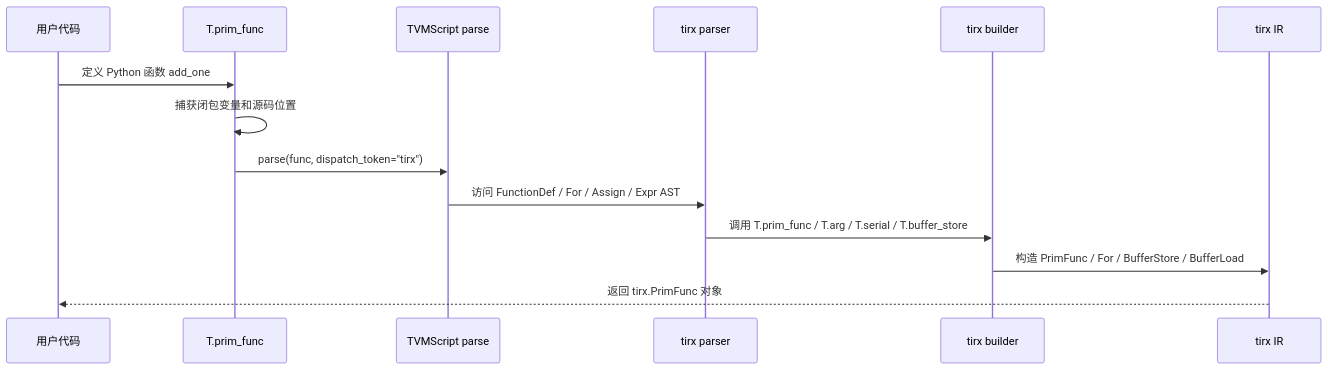
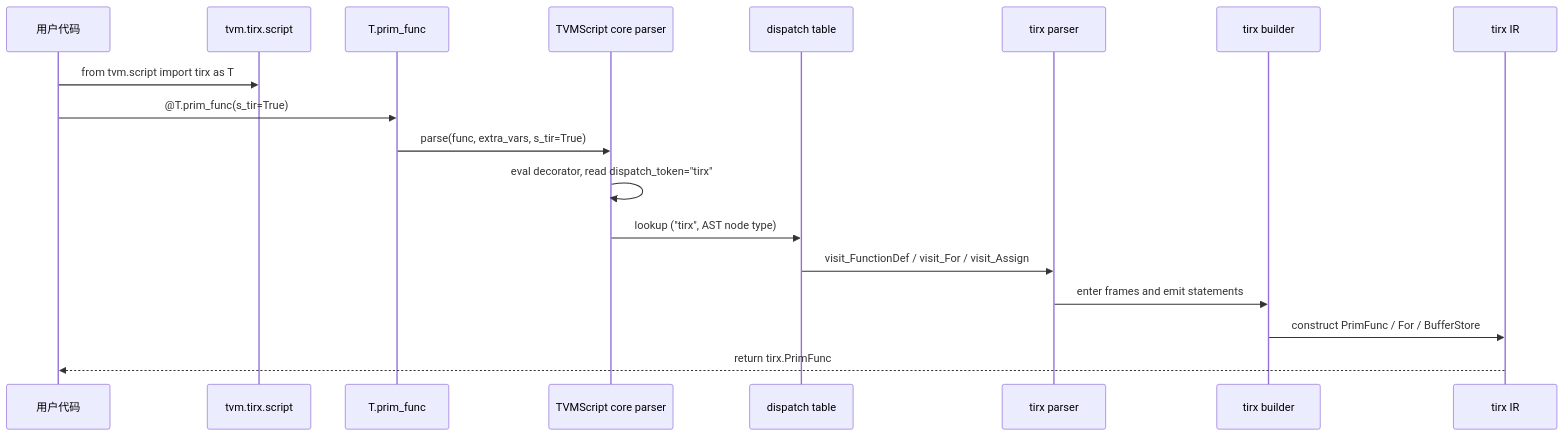
One commit to Rhys-Q/megakernel changed the second of 5 diagrams in docs/learn/w4_tirx_myself/frontend.md. Above: the diagram before and after it, drawn with Mermaid. The commit also changed other lines of this file and 1 other file, not shown here.

````diff
--- a/docs/learn/w4_tirx_myself/frontend.md
+++ b/docs/learn/w4_tirx_myself/frontend.md
@@ -147,17 +347,21 @@
 ```mermaid
 sequenceDiagram
     participant User as 用户代码
+    participant T as tvm.tirx.script
     participant Decorator as T.prim_func
-    participant Core as TVMScript parse
+    participant Core as TVMScript core parser
+    participant Dispatch as dispatch table
     participant Parser as tirx parser
     participant Builder as tirx builder
     participant IR as tirx IR
 
-    User->>Decorator: 定义 Python 函数 add_one
-    Decorator->>Decorator: 捕获闭包变量和源码位置
-    Decorator->>Core: parse(func, dispatch_token="tirx")
-    Core->>Parser: 访问 FunctionDef / For / Assign / Expr AST
-    Parser->>Builder: 调用 T.prim_func / T.arg / T.serial / T.buffer_store
-    Builder->>IR: 构造 PrimFunc / For / BufferStore / BufferLoad
-    IR-->>User: 返回 tirx.PrimFunc 对象
+    User->>T: from tvm.script import tirx as T
+    User->>Decorator: @T.prim_func(s_tir=True)
+    Decorator->>Core: parse(func, extra_vars, s_tir=True)
+    Core->>Core: eval decorator, read dispatch_token="tirx"
+    Core->>Dispatch: lookup ("tirx", AST node type)
+    Dispatch->>Parser: visit_FunctionDef / visit_For / visit_Assign
+    Parser->>Builder: enter frames and emit statements
+    Builder->>IR: construct PrimFunc / For / BufferStore
+    IR-->>User: return tirx.PrimFunc
 ```
````
